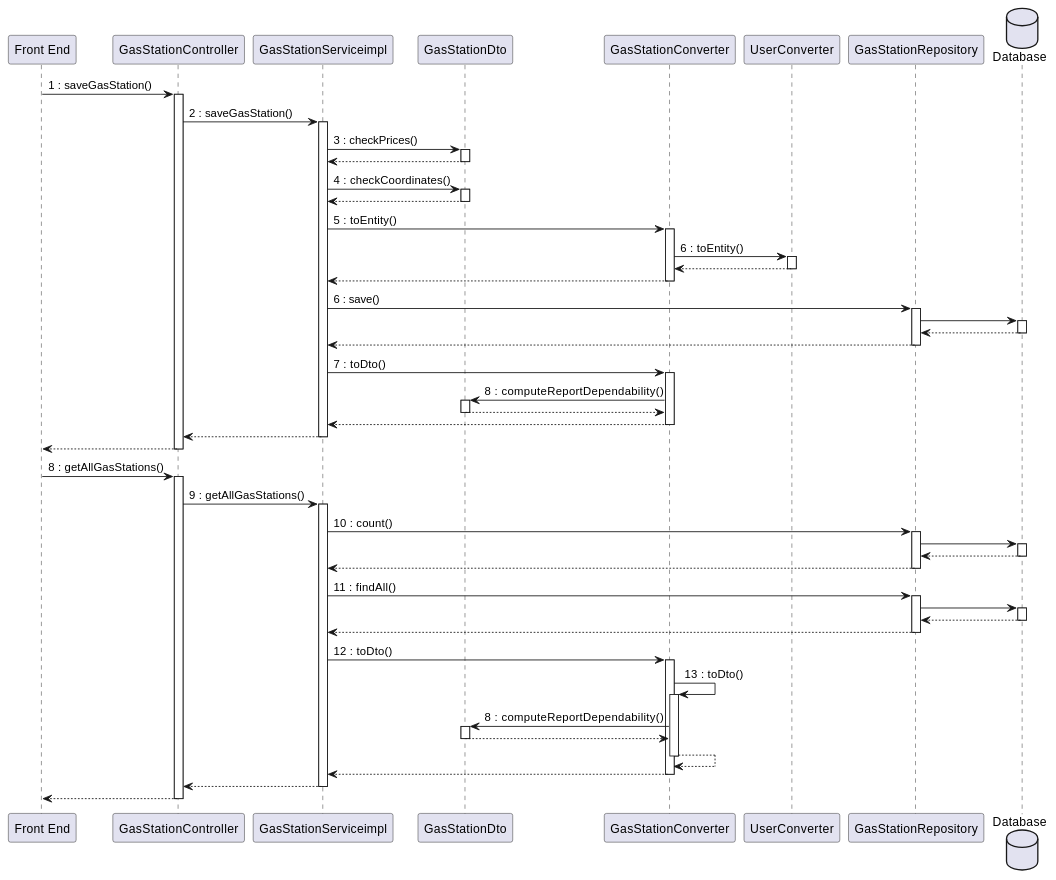
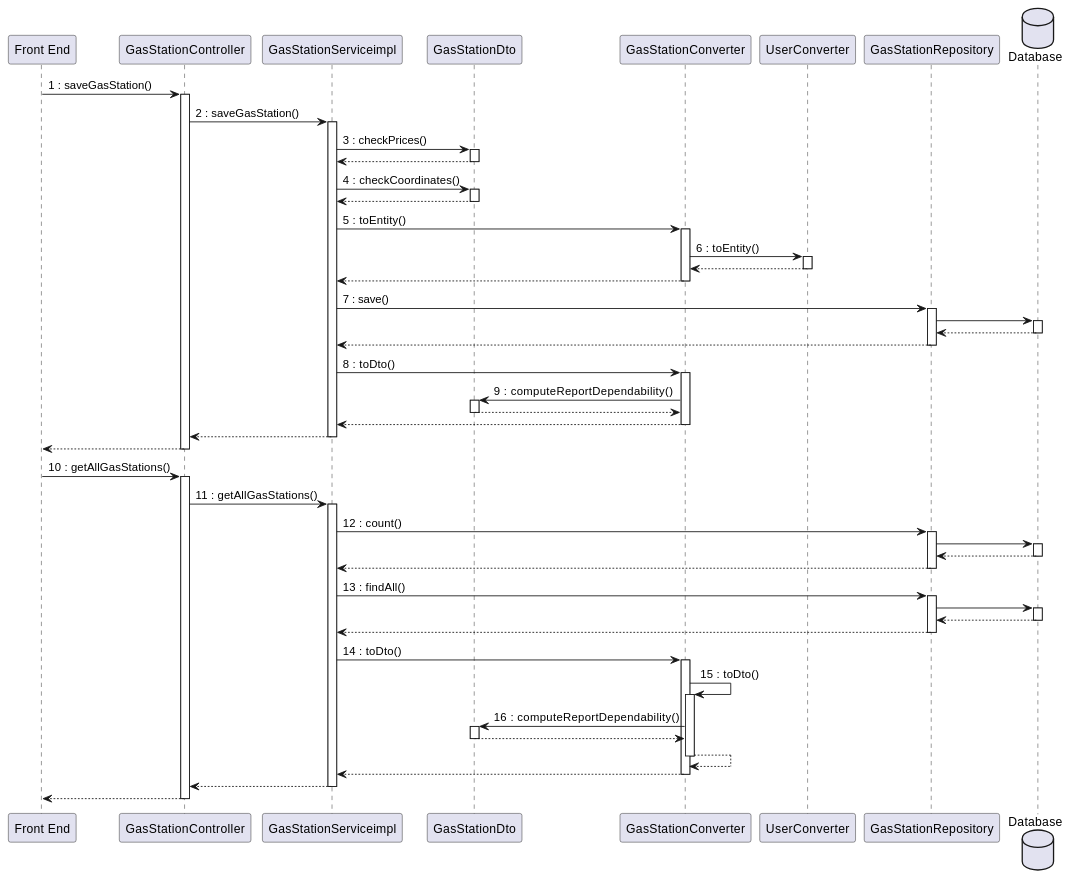
One commit to mosTavassoli/ezgas changed the eighth of 15 diagrams in docs/DesignDocument.md. Above: the diagram before and after it, drawn with PlantUML. The commit also changed other lines of this file, not shown here.

Commit message:
docs(DesignDocument): edit sequence diagram and numbering

````diff
--- a/docs/DesignDocument.md
+++ b/docs/DesignDocument.md
@@ -620,63 +620,63 @@
 ```plantuml
 database Database order 30
 "Front End" -> GasStationController:1 : saveGasStation()
 activate GasStationController
 GasStationController -> GasStationServiceimpl:2 : saveGasStation()
 activate GasStationServiceimpl
 GasStationServiceimpl -> GasStationDto: 3 : checkPrices()
 activate GasStationDto
 return
 GasStationServiceimpl -> GasStationDto: 4 : checkCoordinates()
 activate GasStationDto
 return
 GasStationServiceimpl -> GasStationConverter:5 : toEntity()
 activate GasStationConverter
 GasStationConverter -> UserConverter:6 : toEntity()
 activate UserConverter
 return
 return
-GasStationServiceimpl -> GasStationRepository:6 : save()
+GasStationServiceimpl -> GasStationRepository:7 : save()
 activate GasStationRepository
 GasStationRepository -> Database
 activate Database
 return
 return
-GasStationServiceimpl -> GasStationConverter:7 : toDto()
+GasStationServiceimpl -> GasStationConverter:8 : toDto()
 activate GasStationConverter
-GasStationConverter -> GasStationDto:8 : computeReportDependability()
+GasStationConverter -> GasStationDto:9 : computeReportDependability()
 activate GasStationDto
 
 return
 return
 return
 return
 
-"Front End" -> GasStationController:8 : getAllGasStations()
+"Front End" -> GasStationController:10 : getAllGasStations()
 activate GasStationController
-GasStationController -> GasStationServiceimpl:9 : getAllGasStations()
+GasStationController -> GasStationServiceimpl:11 : getAllGasStations()
 activate GasStationServiceimpl
-GasStationServiceimpl -> GasStationRepository:10 : count()
+GasStationServiceimpl -> GasStationRepository:12 : count()
 activate GasStationRepository
 GasStationRepository -> Database
 activate Database
 return
 return
-GasStationServiceimpl -> GasStationRepository:11 : findAll()
+GasStationServiceimpl -> GasStationRepository:13 : findAll()
 activate GasStationRepository
 GasStationRepository -> Database
 activate Database
 return
 return
 
-GasStationServiceimpl -> GasStationConverter:12 : toDto()
+GasStationServiceimpl -> GasStationConverter:14 : toDto()
 activate GasStationConverter
-GasStationConverter -> GasStationConverter:13 : toDto()
+GasStationConverter -> GasStationConverter:15 : toDto()
 activate GasStationConverter
-GasStationConverter -> GasStationDto:8 : computeReportDependability()
+GasStationConverter -> GasStationDto:16 : computeReportDependability()
 activate GasStationDto
 return
 return
 return
 return
 return
 ```
````
